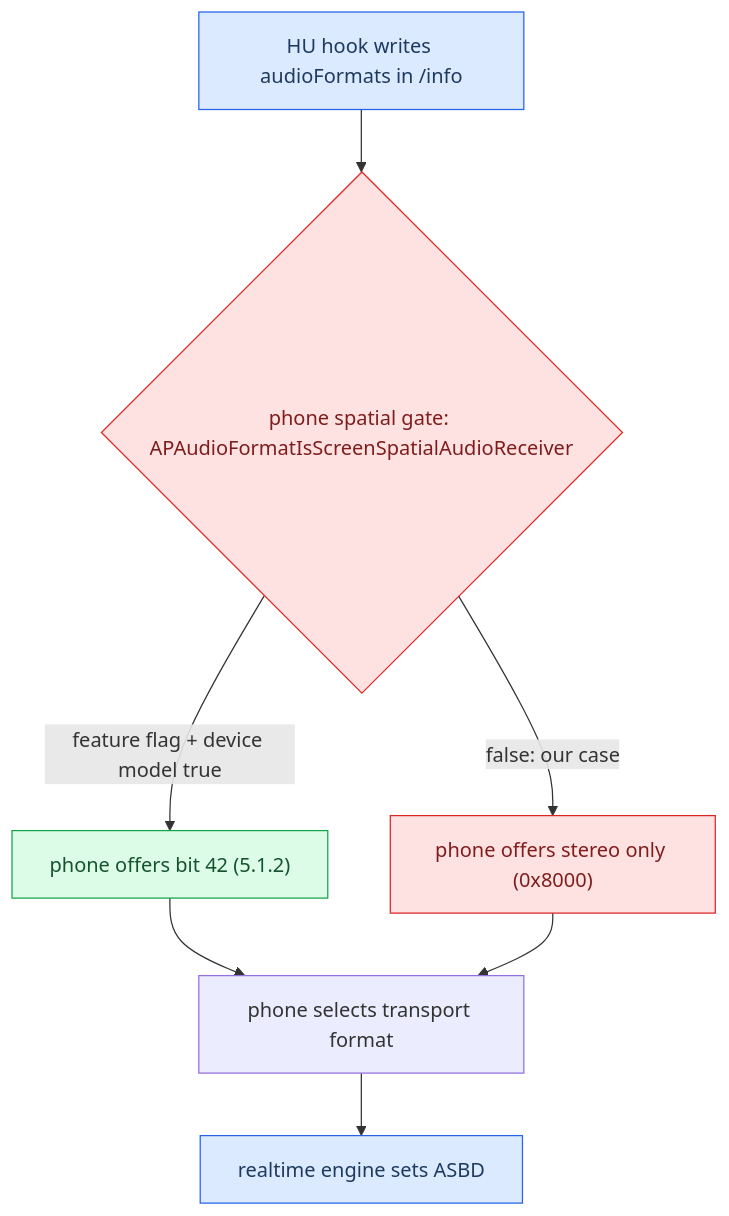
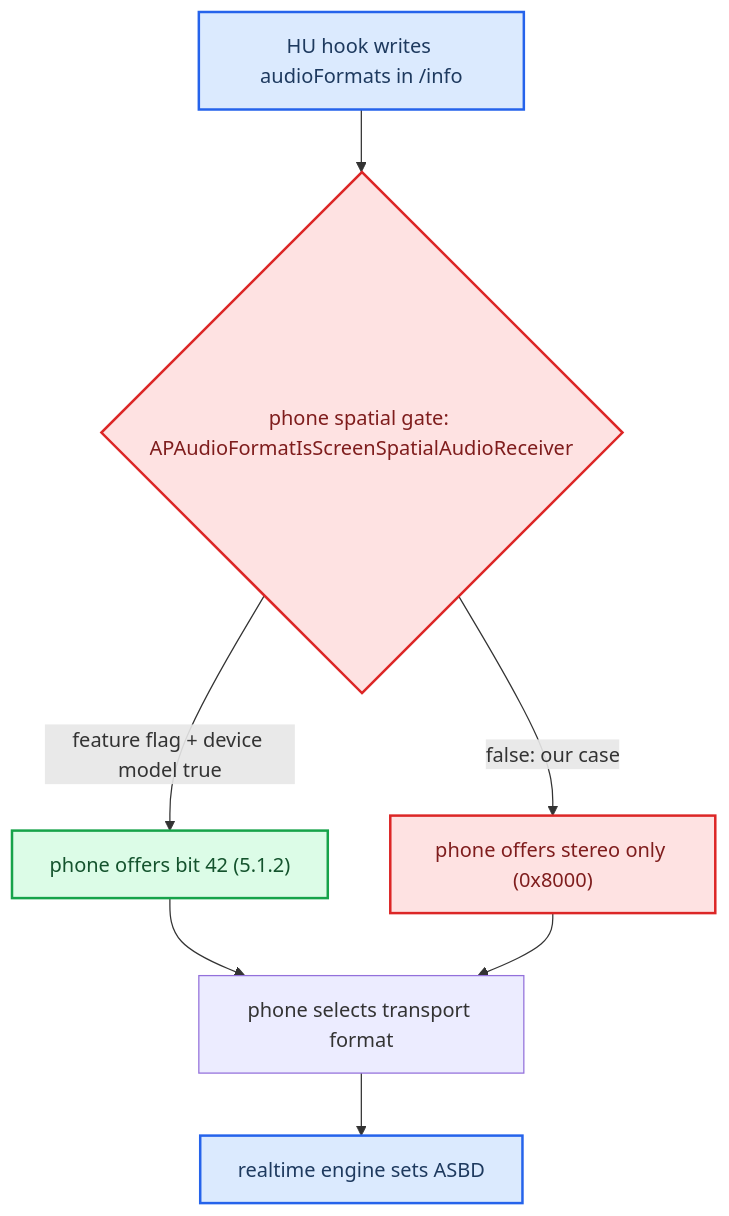
The second of 2 diagrams in docs-obsidian/Reference/iOS CarPlay Spatial Wireformat.md (luka-dev/mib2q-carplay-rgi), drawn with Mermaid before and after one commit. The commit also changed other lines of this file and 43 other files, not shown here.

````diff
--- a/docs-obsidian/Reference/iOS CarPlay Spatial Wireformat.md
+++ b/docs-obsidian/Reference/iOS CarPlay Spatial Wireformat.md
@@ -74,23 +76,23 @@
 ```mermaid
 flowchart TB
   accTitle: CarPlay realtime audio format negotiation
   accDescr: HU advertises formats in the audioFormats array, the phone selects, and the phone-side spatial gate decides whether multichannel is even offered.
   hook["HU hook writes audioFormats in /info"]
   gate{"phone spatial gate: APAudioFormatIsScreenSpatialAudioReceiver"}
   offer_mc["phone offers bit 42 (5.1.2)"]
   offer_stereo["phone offers stereo only (0x8000)"]
   select["phone selects transport format"]
   asbd["realtime engine sets ASBD"]
   hook --> gate
   gate -->|feature flag + device model true| offer_mc
   gate -->|false: our case| offer_stereo
   offer_mc --> select
   offer_stereo --> select
   select --> asbd
   class hook,asbd primary
   class offer_stereo,gate danger
   class offer_mc success
-  classDef primary fill:#dbeafe,stroke:#2563eb,color:#1e3a5f
-  classDef success fill:#dcfce7,stroke:#16a34a,color:#14532d
-  classDef danger fill:#fee2e2,stroke:#dc2626,color:#7f1d1d
+  classDef primary fill:#dbeafe,stroke:#2563eb,stroke-width:2px,color:#1e3a5f
+  classDef success fill:#dcfce7,stroke:#16a34a,stroke-width:2px,color:#14532d
+  classDef danger fill:#fee2e2,stroke:#dc2626,stroke-width:2px,color:#7f1d1d
 ```
````
